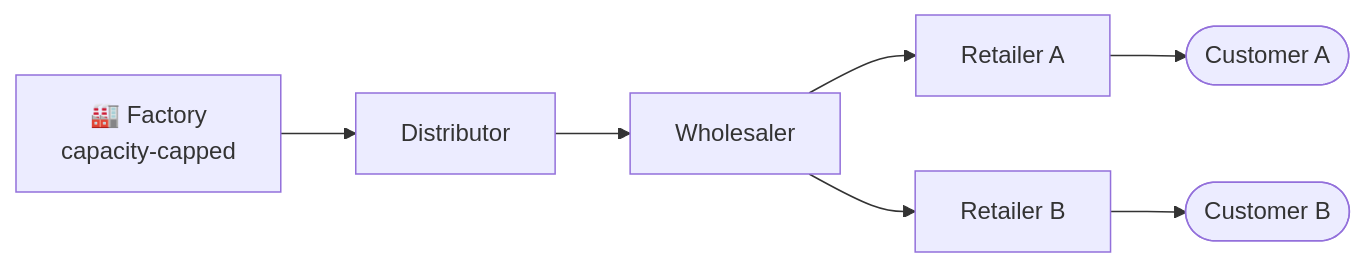
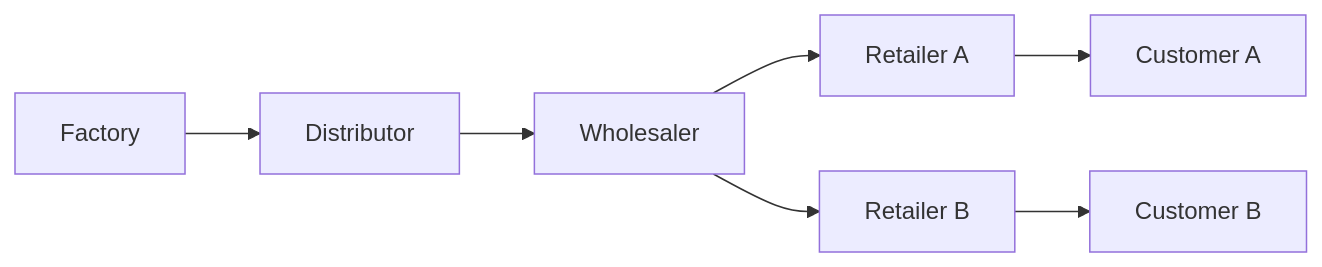
The diagram in README.md (ConstantinVictorBeatErtel/beer_distribution_RL), drawn with Mermaid before and after one commit. The commit also changed other lines of this file and 37 other files, not shown here.

````diff
--- a/README.md
+++ b/README.md
@@ -12,6 +13,6 @@
 ```mermaid
 flowchart LR
-    F["🏭 Factory<br/>capacity-capped"] --> D[Distributor] --> W[Wholesaler]
-    W --> RA[Retailer A] --> CA([Customer A])
-    W --> RB[Retailer B] --> CB([Customer B])
+    F["Factory"] --> D["Distributor"] --> W["Wholesaler"]
+    W --> RA["Retailer A"] --> CA["Customer A"]
+    W --> RB["Retailer B"] --> CB["Customer B"]
 ```
````
